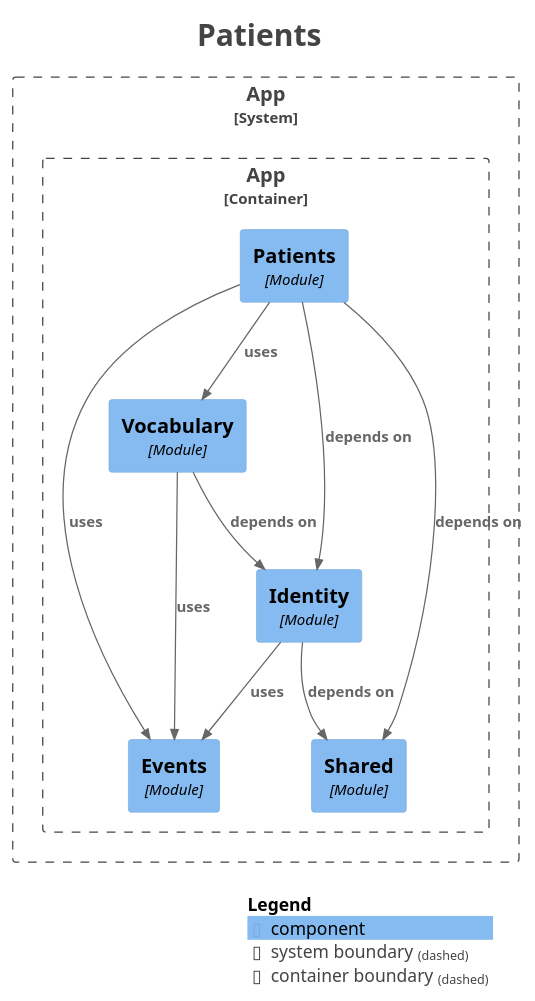
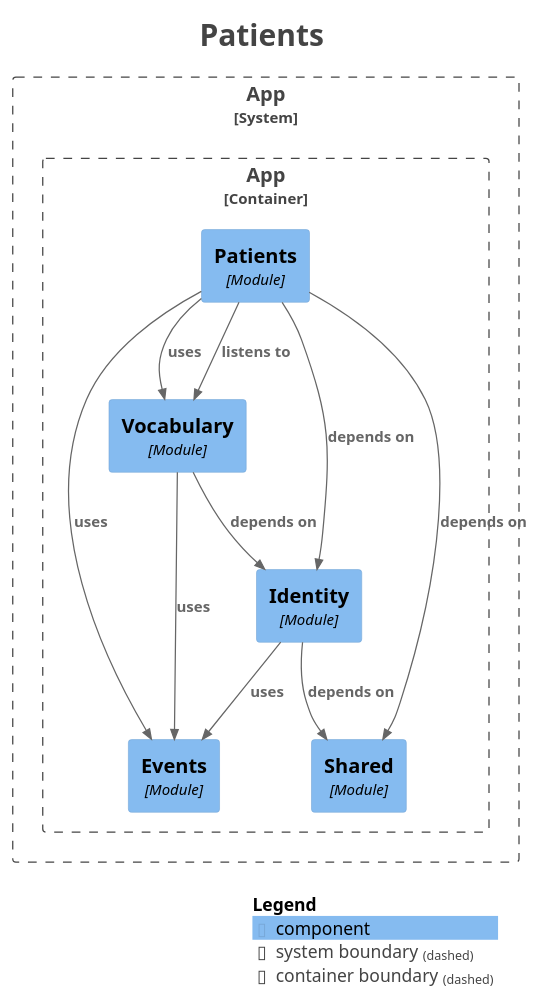
Before and after one commit to mrscams/psymate-api: the diagram in docs/generated/module-patients.puml, drawn with PlantUML. The commit also changed 16 other files, not shown here.

```diff
--- a/docs/generated/module-patients.puml
+++ b/docs/generated/module-patients.puml
@@ -1,40 +1,41 @@
 @startuml
 title <size:24>Patients</size>
 
 set separator none
 top to bottom direction
 
 <style>
   root {
     BackgroundColor: #ffffff
     FontColor: #444444
   }
 </style>
 
 !include <C4/C4>
 !include <C4/C4_Context>
 !include <C4/C4_Component>
 
 System_Boundary("App_boundary", "App", $tags="") {
   Container_Boundary("App.App_boundary", "App", $tags="") {
     Component(App.App.Events, "Events", $techn="Module", $descr="", $tags="", $link="")
     Component(App.App.Identity, "Identity", $techn="Module", $descr="", $tags="", $link="")
     Component(App.App.Patients, "Patients", $techn="Module", $descr="", $tags="", $link="")
     Component(App.App.Shared, "Shared", $techn="Module", $descr="", $tags="", $link="")
     Component(App.App.Vocabulary, "Vocabulary", $techn="Module", $descr="", $tags="", $link="")
   }
 
 }
 
 Rel(App.App.Identity, App.App.Events, "uses", $techn="", $tags="", $link="")
 Rel(App.App.Identity, App.App.Shared, "depends on", $techn="", $tags="", $link="")
 Rel(App.App.Patients, App.App.Events, "uses", $techn="", $tags="", $link="")
 Rel(App.App.Patients, App.App.Identity, "depends on", $techn="", $tags="", $link="")
 Rel(App.App.Patients, App.App.Shared, "depends on", $techn="", $tags="", $link="")
+Rel(App.App.Patients, App.App.Vocabulary, "listens to", $techn="", $tags="", $link="")
 Rel(App.App.Patients, App.App.Vocabulary, "uses", $techn="", $tags="", $link="")
 Rel(App.App.Vocabulary, App.App.Events, "uses", $techn="", $tags="", $link="")
 Rel(App.App.Vocabulary, App.App.Identity, "depends on", $techn="", $tags="", $link="")
 
 SHOW_LEGEND(true)
 hide stereotypes
 @enduml
```
